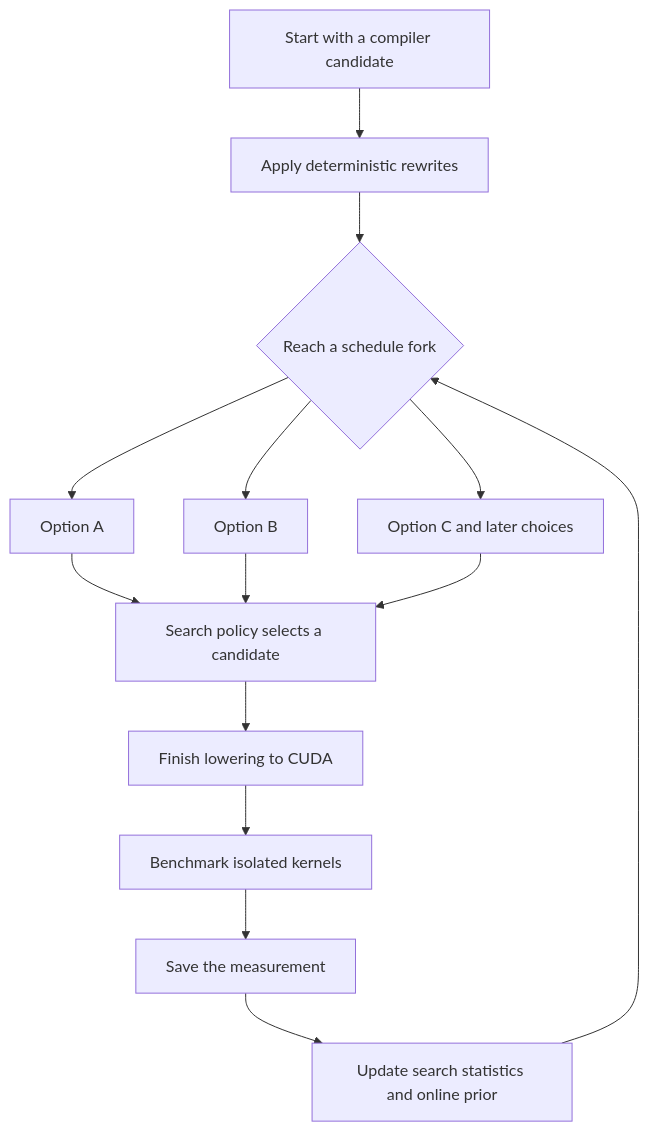
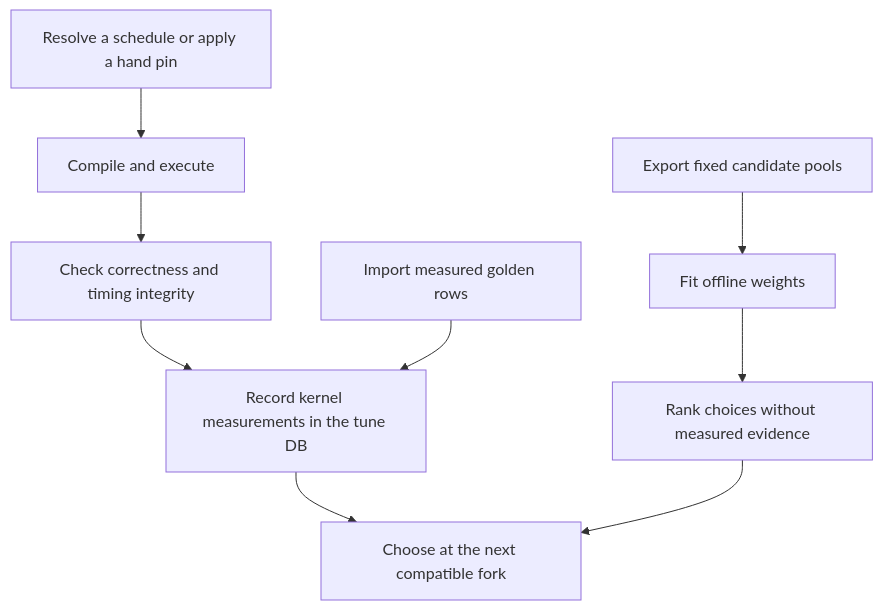
Before and after one commit to cloudrift-ai/emmy: the eighth of 8 diagrams in docs/docs/course/compiler_deep_dive.mdx, drawn with Mermaid. The commit also changed other lines of this file and 5 other files, not shown here.

````diff
--- a/docs/docs/course/compiler_deep_dive.mdx
+++ b/docs/docs/course/compiler_deep_dive.mdx
@@ -1641,16 +1656,11 @@
 ```mermaid
 flowchart TB
-    Root[Start with a compiler candidate] --> Rewrite[Apply deterministic rewrites]
-    Rewrite --> Fork{Reach a schedule fork}
-    Fork --> A[Option A]
-    Fork --> B[Option B]
-    Fork --> C[Option C and later choices]
-    A --> Policy[Search policy selects a candidate]
-    B --> Policy
-    C --> Policy
-    Policy --> Lower[Finish lowering to CUDA]
-    Lower --> Measure[Benchmark isolated kernels]
-    Measure --> Store[Save the measurement]
-    Store --> Learn[Update search statistics and online prior]
-    Learn --> Fork
+    Compile[Resolve a schedule or apply a hand pin] --> Run[Compile and execute]
+    Run --> Check[Check correctness and timing integrity]
+    Check --> DB[Record kernel measurements in the tune DB]
+    Golden[Import measured golden rows] --> DB
+    DB --> Next[Choose at the next compatible fork]
+    Dataset[Export fixed candidate pools] --> Fit[Fit offline weights]
+    Fit --> Missing[Rank choices without measured evidence]
+    Missing --> Next
 ```
````
